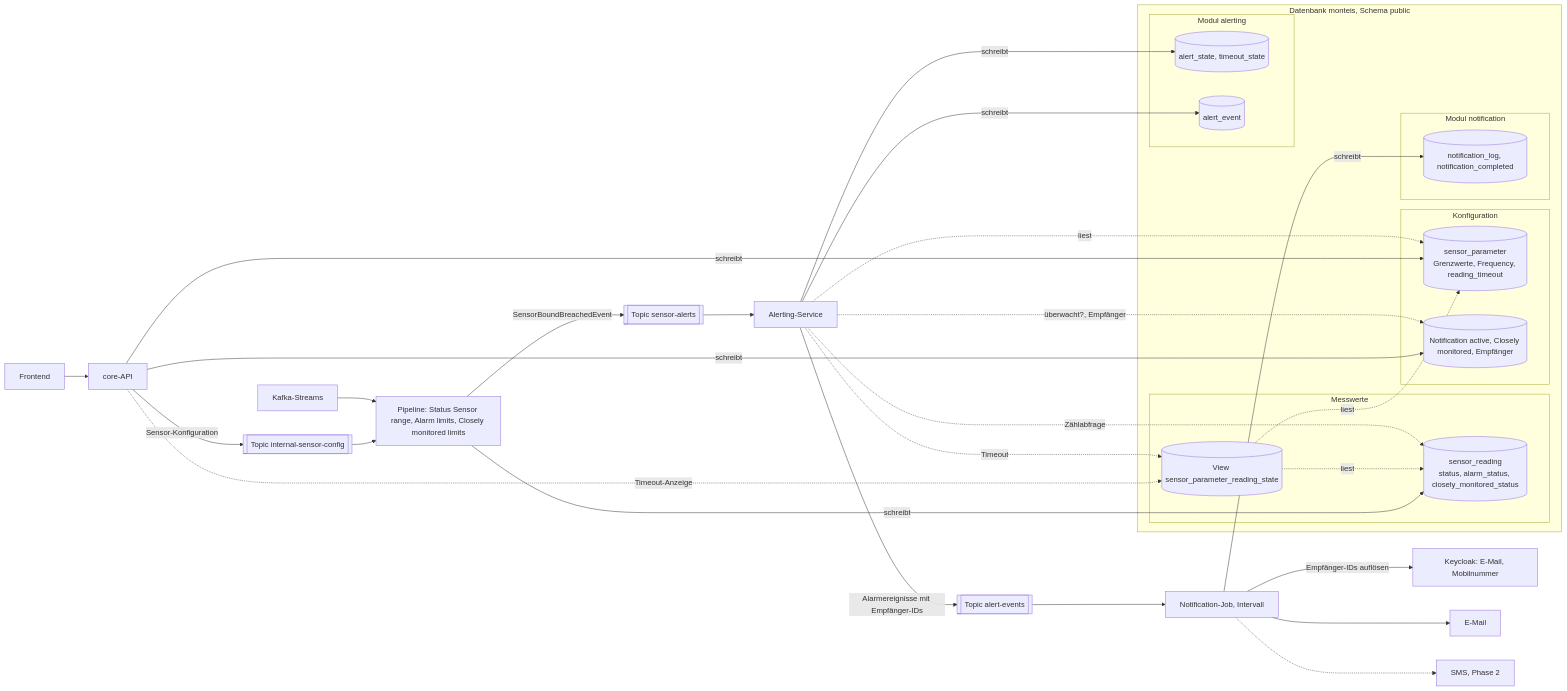
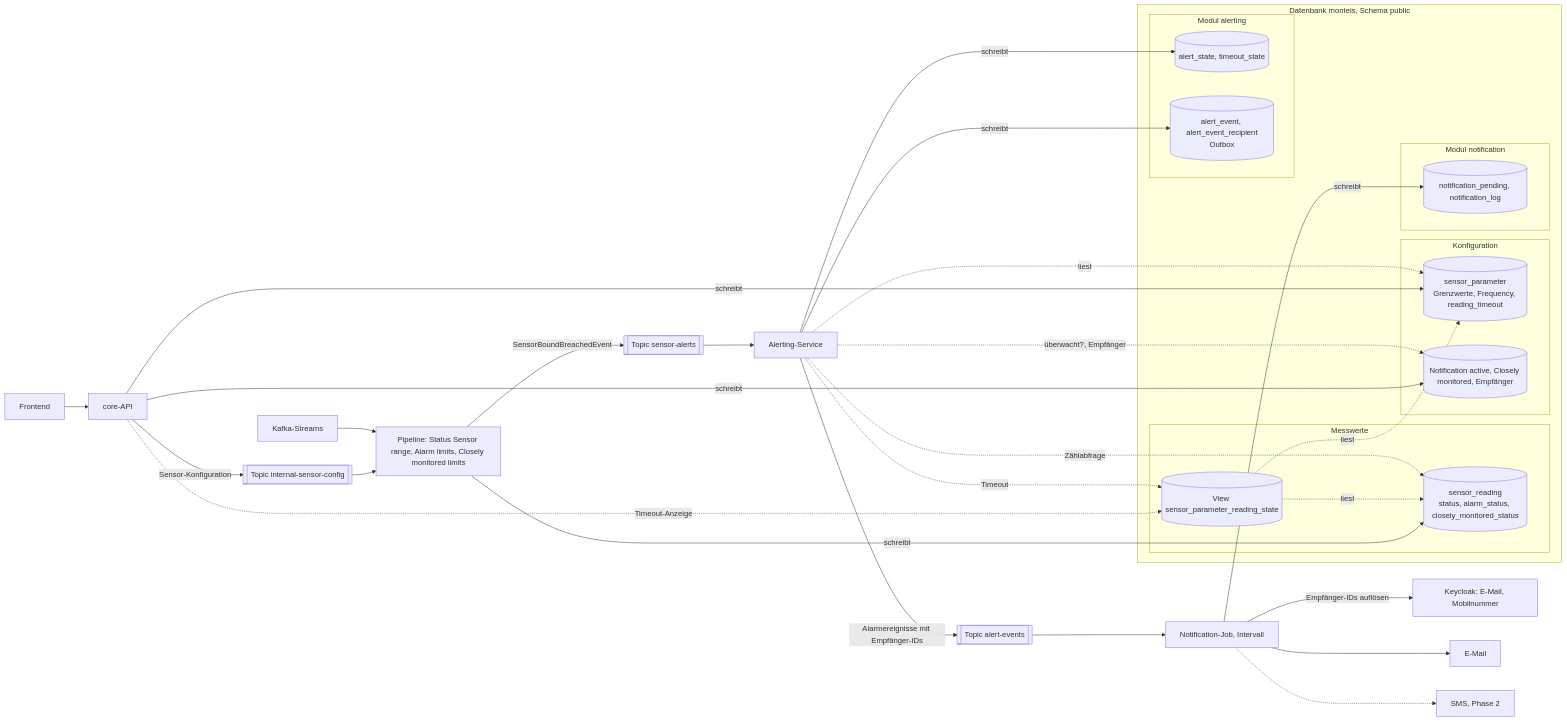
The diagram in alarming-architecture.md (swisstopo/lg-monteis), drawn with Mermaid before and after one commit. The commit also changed other lines of this file, not shown here.

````diff
--- a/alarming-architecture.md
+++ b/alarming-architecture.md
@@ -86,46 +90,46 @@
 ```mermaid
 flowchart LR
    FE[Frontend] --> C[core-API]
    C -- Sensor-Konfiguration --> TC[["Topic internal-sensor-config"]]
    TC --> P["Pipeline: Status Sensor range, Alarm limits, Closely monitored limits"]
    K[Kafka-Streams] --> P
    P -- SensorBoundBreachedEvent --> T[["Topic sensor-alerts"]]
    T --> A[Alerting-Service]
    A -- Alarmereignisse mit Empfänger-IDs --> TA[["Topic alert-events"]]
    TA --> N[Notification-Job, Intervall]
 
    subgraph DBM["Datenbank monteis, Schema public"]
       subgraph MW["Messwerte"]
          SR[("sensor_reading<br/>status, alarm_status, closely_monitored_status")]
          V[("View sensor_parameter_reading_state")]
       end
       subgraph KONF["Konfiguration"]
          SP[("sensor_parameter<br/>Grenzwerte, Frequency, reading_timeout")]
          CFG[("Notification active, Closely monitored, Empfänger")]
       end
       subgraph AL["Modul alerting"]
          AS[("alert_state, timeout_state")]
-         AE[("alert_event")]
+         AE[("alert_event, alert_event_recipient<br/>Outbox")]
       end
       subgraph NO["Modul notification"]
-         NT[("notification_log, notification_completed")]
+         NT[("notification_pending, notification_log")]
       end
    end
 
    P -- schreibt --> SR
    V -. liest .-> SR
    V -. liest .-> SP
    C -- schreibt --> SP
    C -- schreibt --> CFG
    C -. Timeout-Anzeige .-> V
    A -. Zählabfrage .-> SR
    A -. Timeout .-> V
    A -. liest .-> SP
    A -. überwacht?, Empfänger .-> CFG
    A -- schreibt --> AS
    A -- schreibt --> AE
    N -- schreibt --> NT
    N -- Empfänger-IDs auflösen --> KC[Keycloak: E-Mail, Mobilnummer]
    N --> M[E-Mail]
    N -.-> S[SMS, Phase 2]
 ```
````
